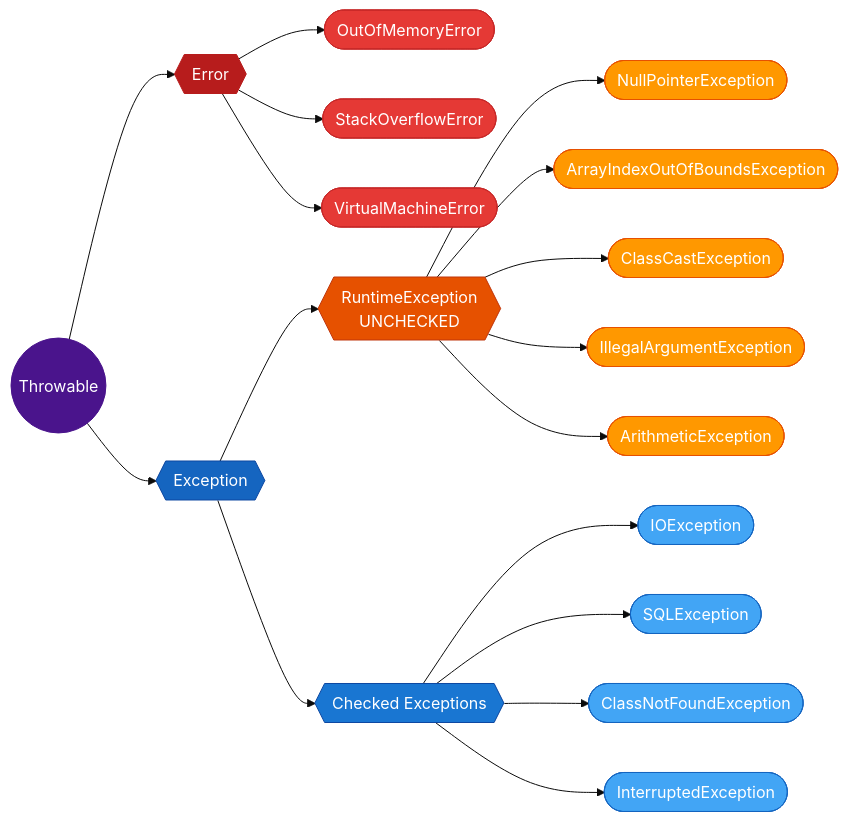
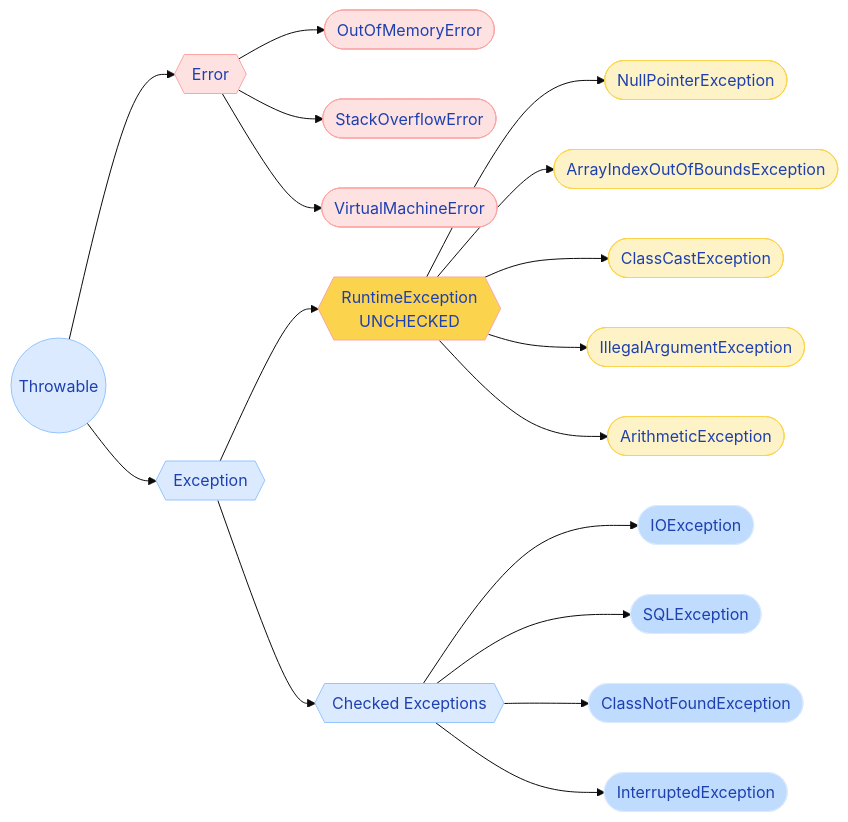
Before and after one commit to saivamsikaruturi/vamsilabs-dev-notes-main: the first of 2 diagrams in docs/java/ExceptionHandling.md, drawn with Mermaid (base theme). The commit also changed other lines of this file and 220 other files, not shown here.

First line of the commit message:
Add 50+ new Java/Spring Boot pages, rewrite CSS code blocks to Oracle style, fix all diagram colors

````diff
--- a/docs/java/ExceptionHandling.md
+++ b/docs/java/ExceptionHandling.md
@@ -9,42 +9,42 @@
 ```mermaid
 flowchart LR
     T(("Throwable"))
     T --> E{{"Error"}}
     T --> EX{{"Exception"}}
 
     E --> OOM(["OutOfMemoryError"])
     E --> SOE(["StackOverflowError"])
     E --> VE(["VirtualMachineError"])
 
     EX --> RE{{"RuntimeException<br/>UNCHECKED"}}
     EX --> CE{{"Checked Exceptions"}}
 
     RE --> NPE(["NullPointerException"])
     RE --> AIOB(["ArrayIndexOutOfBoundsException"])
     RE --> CCE(["ClassCastException"])
     RE --> IAE(["IllegalArgumentException"])
     RE --> AE(["ArithmeticException"])
 
     CE --> IOE(["IOException"])
     CE --> SQLE(["SQLException"])
     CE --> CNFE(["ClassNotFoundException"])
     CE --> IE(["InterruptedException"])
 
-    style T fill:#4a148c,stroke:#4a148c,color:#ffffff
-    style E fill:#b71c1c,stroke:#b71c1c,color:#ffffff
-    style OOM fill:#e53935,stroke:#c62828,color:#ffffff
-    style SOE fill:#e53935,stroke:#c62828,color:#ffffff
-    style VE fill:#e53935,stroke:#c62828,color:#ffffff
-    style EX fill:#1565c0,stroke:#0d47a1,color:#ffffff
-    style RE fill:#e65100,stroke:#bf360c,color:#ffffff
-    style NPE fill:#ff9800,stroke:#e65100,color:#ffffff
-    style AIOB fill:#ff9800,stroke:#e65100,color:#ffffff
-    style CCE fill:#ff9800,stroke:#e65100,color:#ffffff
-    style IAE fill:#ff9800,stroke:#e65100,color:#ffffff
-    style AE fill:#ff9800,stroke:#e65100,color:#ffffff
-    style CE fill:#1976d2,stroke:#0d47a1,color:#ffffff
-    style IOE fill:#42a5f5,stroke:#1565c0,color:#ffffff
-    style SQLE fill:#42a5f5,stroke:#1565c0,color:#ffffff
-    style CNFE fill:#42a5f5,stroke:#1565c0,color:#ffffff
-    style IE fill:#42a5f5,stroke:#1565c0,color:#ffffff
+    style T fill:#DBEAFE,stroke:#93C5FD,color:#1E40AF
+    style E fill:#FEE2E2,stroke:#FCA5A5,color:#1E40AF
+    style OOM fill:#FEE2E2,stroke:#FCA5A5,color:#1E40AF
+    style SOE fill:#FEE2E2,stroke:#FCA5A5,color:#1E40AF
+    style VE fill:#FEE2E2,stroke:#FCA5A5,color:#1E40AF
+    style EX fill:#DBEAFE,stroke:#93C5FD,color:#1E40AF
+    style RE fill:#FCD34D,stroke:#FCA5A5,color:#1E40AF
+    style NPE fill:#FEF3C7,stroke:#FCD34D,color:#1E40AF
+    style AIOB fill:#FEF3C7,stroke:#FCD34D,color:#1E40AF
+    style CCE fill:#FEF3C7,stroke:#FCD34D,color:#1E40AF
+    style IAE fill:#FEF3C7,stroke:#FCD34D,color:#1E40AF
+    style AE fill:#FEF3C7,stroke:#FCD34D,color:#1E40AF
+    style CE fill:#DBEAFE,stroke:#93C5FD,color:#1E40AF
+    style IOE fill:#BFDBFE,stroke:#DBEAFE,color:#1E40AF
+    style SQLE fill:#BFDBFE,stroke:#DBEAFE,color:#1E40AF
+    style CNFE fill:#BFDBFE,stroke:#DBEAFE,color:#1E40AF
+    style IE fill:#BFDBFE,stroke:#DBEAFE,color:#1E40AF
 ```
````
